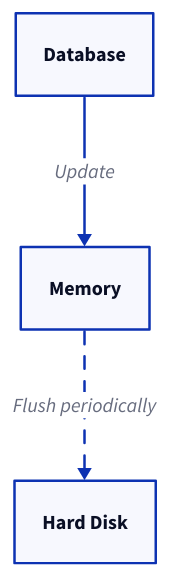
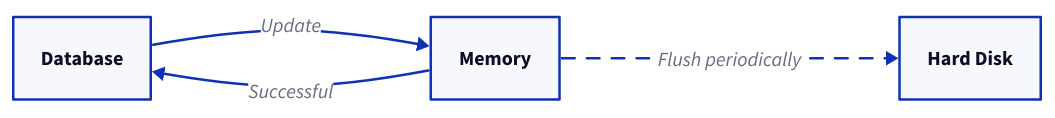
One commit to link1905/system-design-101 changed the second of 5 diagrams in content/docs/system-administration/system-recovery.md. Above: the diagram before and after it, drawn with D2. The commit also changed other lines of this file and 21 other files, not shown here.

````diff
--- a/content/docs/system-administration/system-recovery.md
+++ b/content/docs/system-administration/system-recovery.md
@@ -106,15 +110,17 @@
 ```d2
+direction: right
 d: Database {
   class: db
 }
 m: Memory {
   class: cache
 }
 h: Hard Disk {
   class: hd
 }
 d -> m: Update
+m -> d: Successful
 m -> h: Flush periodically {
   style.animated: true
 }
 ```
````
